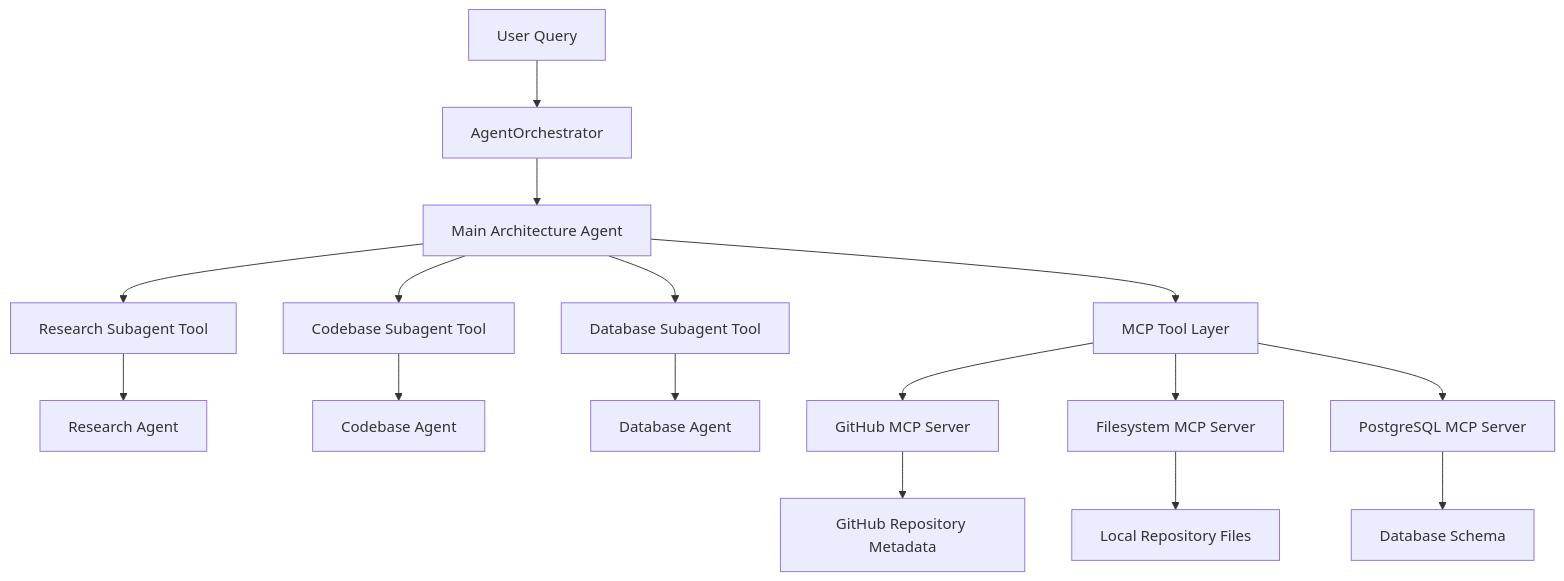
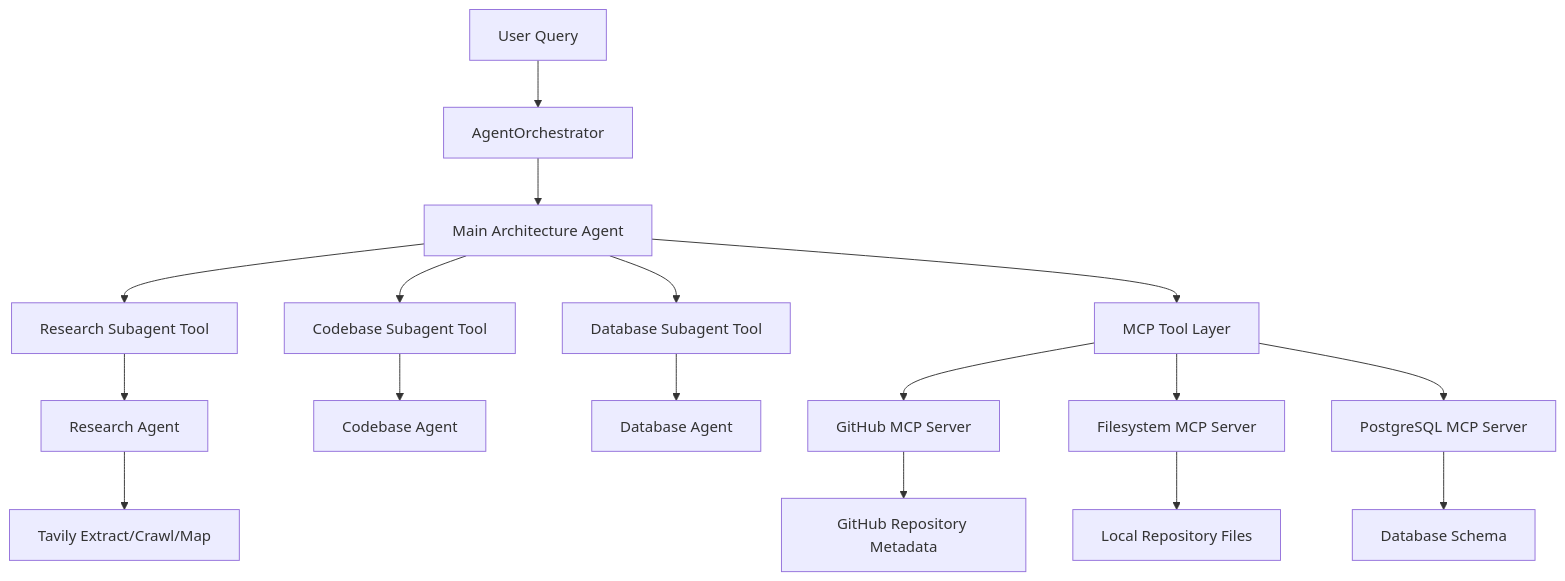
One commit to ElenaViewSynthesis/RL-Army-of-Agents changed the diagram in langchain-deep-agents/README.md. Above: the diagram before and after it, drawn with Mermaid. The commit also changed other lines of this file and 6 other files, not shown here.

````diff
--- a/langchain-deep-agents/README.md
+++ b/langchain-deep-agents/README.md
@@ -11,24 +11,26 @@
 ```mermaid
 flowchart TD
     U[User Query] --> O[AgentOrchestrator]
 
     O --> M[Main Architecture Agent]
 
     M --> RT[Research Subagent Tool]
     M --> CT[Codebase Subagent Tool]
     M --> DT[Database Subagent Tool]
 
     RT --> RA[Research Agent]
     CT --> CA[Codebase Agent]
     DT --> DA[Database Agent]
 
+    RA --> TAV[Tavily Extract/Crawl/Map]
+
     M --> MCP[MCP Tool Layer]
 
     MCP --> GH[GitHub MCP Server]
     MCP --> FS[Filesystem MCP Server]
     MCP --> PG[PostgreSQL MCP Server]
 
     GH --> GHR[GitHub Repository Metadata]
     FS --> LFS[Local Repository Files]
     PG --> DBS[Database Schema]
 ```
````
